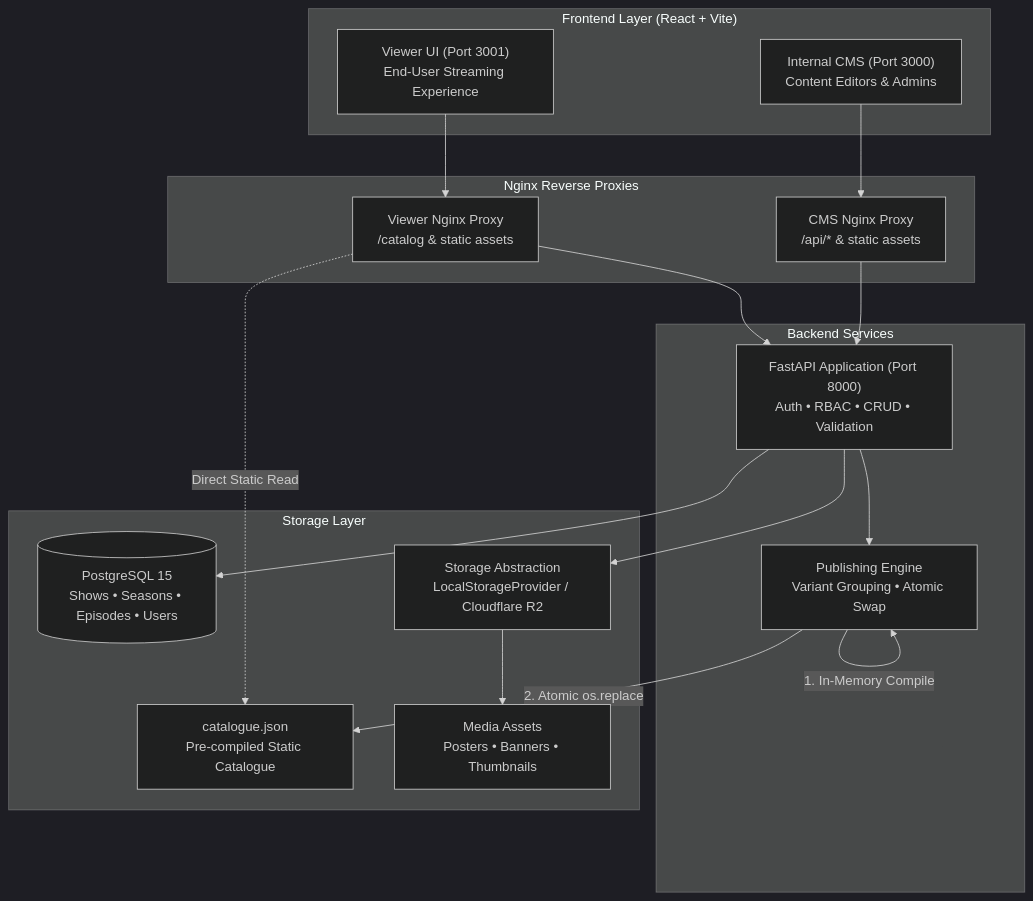
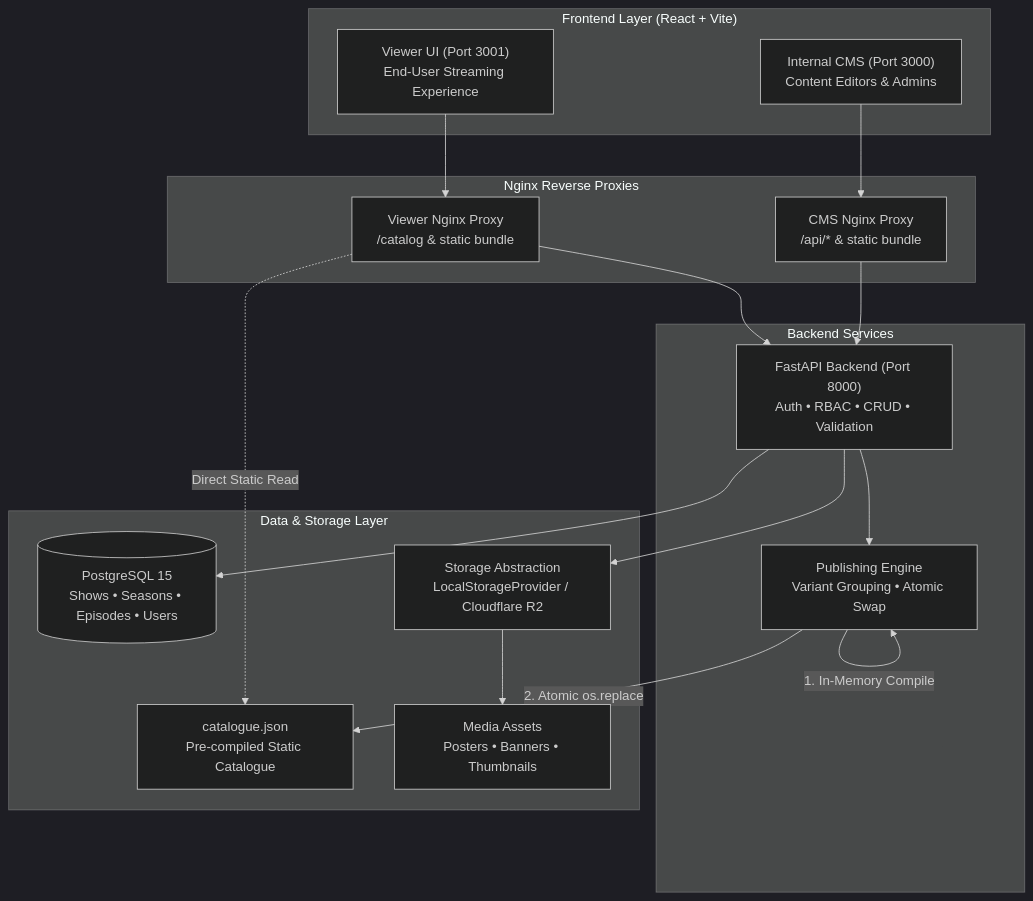
One commit to syed-imadulla/peblo changed the diagram in README.md. Above: the diagram before and after it, drawn with Mermaid (dark theme). The commit also changed other lines of this file and 1 other file, not shown here.

Commit message:
docs: update README with architectural details and refactor configuration settings

````diff
--- a/README.md
+++ b/README.md
@@ -30,35 +32,35 @@
 ```mermaid
 flowchart TD
     subgraph Clients["Frontend Layer (React + Vite)"]
         CMS["Internal CMS (Port 3000)<br/>Content Editors & Admins"]
         Viewer["Viewer UI (Port 3001)<br/>End-User Streaming Experience"]
     end
 
     subgraph ReverseProxy["Nginx Reverse Proxies"]
-        CMS_Nginx["CMS Nginx Proxy<br/>/api/* & static assets"]
-        Viewer_Nginx["Viewer Nginx Proxy<br/>/catalog & static assets"]
+        CMS_Nginx["CMS Nginx Proxy<br/>/api/* & static bundle"]
+        Viewer_Nginx["Viewer Nginx Proxy<br/>/catalog & static bundle"]
     end
 
     subgraph BackendServices["Backend Services"]
-        API["FastAPI Application (Port 8000)<br/>Auth • RBAC • CRUD • Validation"]
+        API["FastAPI Backend (Port 8000)<br/>Auth • RBAC • CRUD • Validation"]
         PublishEngine["Publishing Engine<br/>Variant Grouping • Atomic Swap"]
     end
 
-    subgraph DataStorage["Storage Layer"]
+    subgraph StorageLayer["Data & Storage Layer"]
         DB[("PostgreSQL 15<br/>Shows • Seasons • Episodes • Users")]
         Storage["Storage Abstraction<br/>LocalStorageProvider / Cloudflare R2"]
         CatalogFile["catalogue.json<br/>Pre-compiled Static Catalogue"]
         MediaAssets["Media Assets<br/>Posters • Banners • Thumbnails"]
     end
 
     CMS --> CMS_Nginx --> API
     Viewer --> Viewer_Nginx --> API
     Viewer_Nginx -.->|Direct Static Read| CatalogFile
 
     API --> DB
     API --> PublishEngine
     PublishEngine -->|1. In-Memory Compile| PublishEngine
     PublishEngine -->|2. Atomic os.replace| CatalogFile
     API --> Storage
     Storage --> MediaAssets
 ```
````
